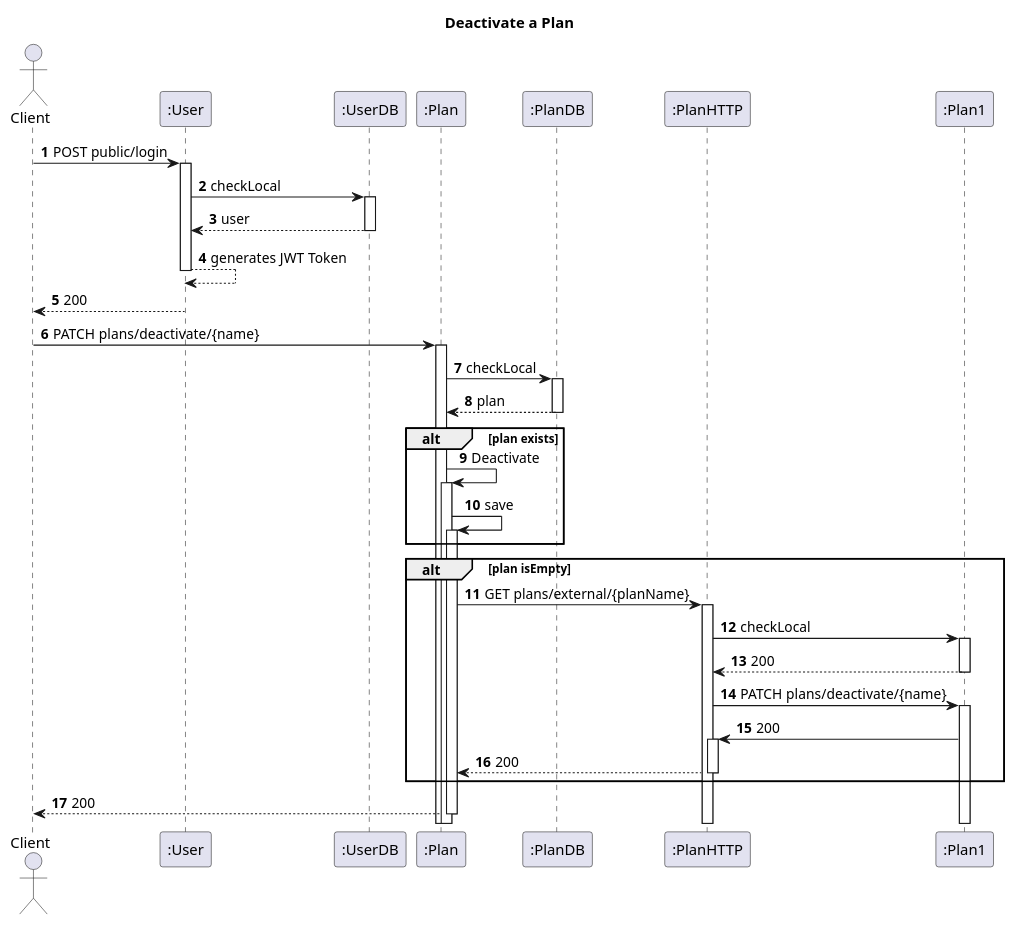
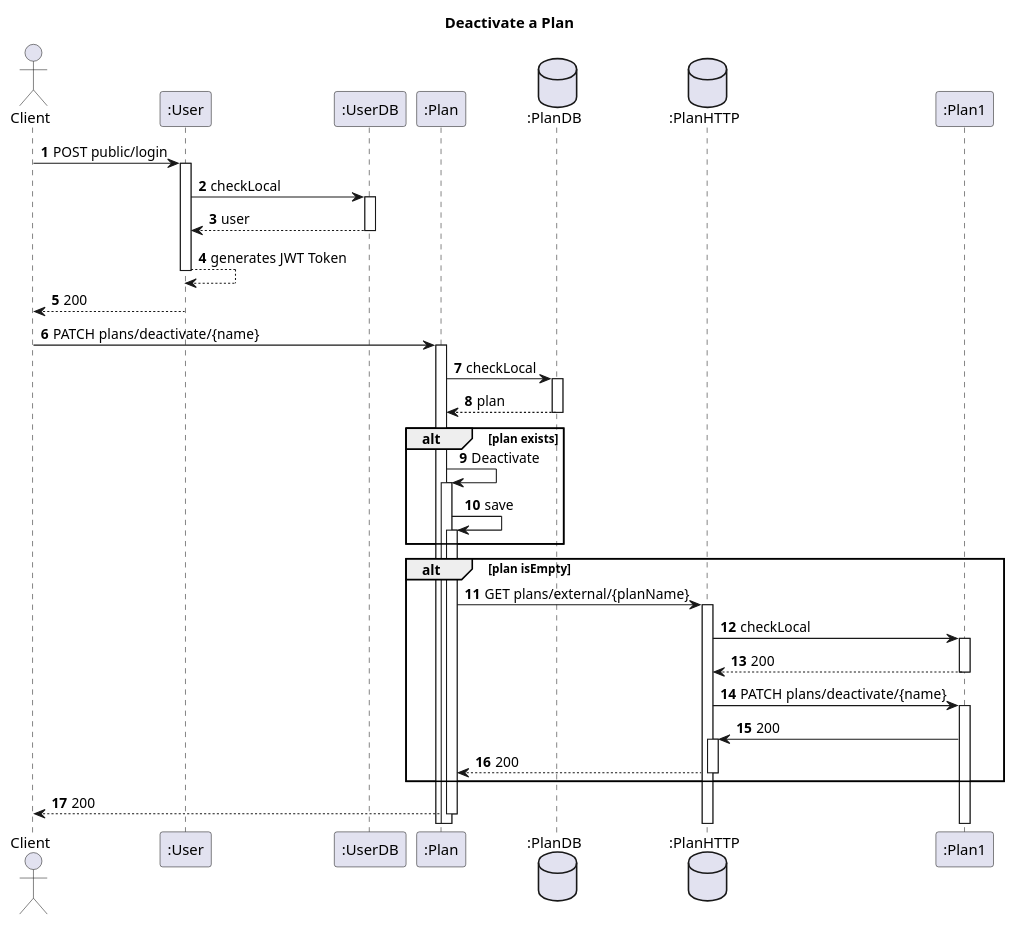
Before and after one commit to IsepMartimOliveira/SIDIS: the diagram in docs_sidis/Plans/Vista_Logica/N3/UserPlanInteractionDeactivate.puml, drawn with PlantUML. The commit also changed 3 other files, not shown here.

```diff
--- a/docs_sidis/Plans/Vista_Logica/N3/UserPlanInteractionDeactivate.puml
+++ b/docs_sidis/Plans/Vista_Logica/N3/UserPlanInteractionDeactivate.puml
@@ -1,46 +1,46 @@
 @startuml
 'https://plantuml.com/sequence-diagram
 autoactivate on
 autonumber
 title  Deactivate a Plan
 
 autonumber
 
 actor "Client" as Ac
 participant ":User" as User
 participant ":UserDB" as Udb
 
 participant ":Plan" as Plan
-participant ":PlanDB" as PDB
-participant ":PlanHTTP" as PHTTP
+database ":PlanDB" as PDB
+database ":PlanHTTP" as PHTTP
 participant ":Plan1" as Plan1
 
 
 Ac->User: POST public/login
 User->Udb:checkLocal
 Udb-->User:user
 User-->User:generates JWT Token
 User-->Ac:200
 Ac->Plan:PATCH plans/deactivate/{name}
 Plan->PDB:checkLocal
 PDB-->Plan:plan
 alt plan exists
 Plan->Plan:Deactivate
 Plan->Plan:save
 
 end
 
 alt plan isEmpty
 Plan->PHTTP:GET plans/external/{planName}
 PHTTP->Plan1:checkLocal
 Plan1-->PHTTP:200
 PHTTP->Plan1:PATCH plans/deactivate/{name}
 Plan1->PHTTP:200
 PHTTP-->Plan:200
 end
 Plan-->Ac:200
 
 
 
 
 @enduml
```
